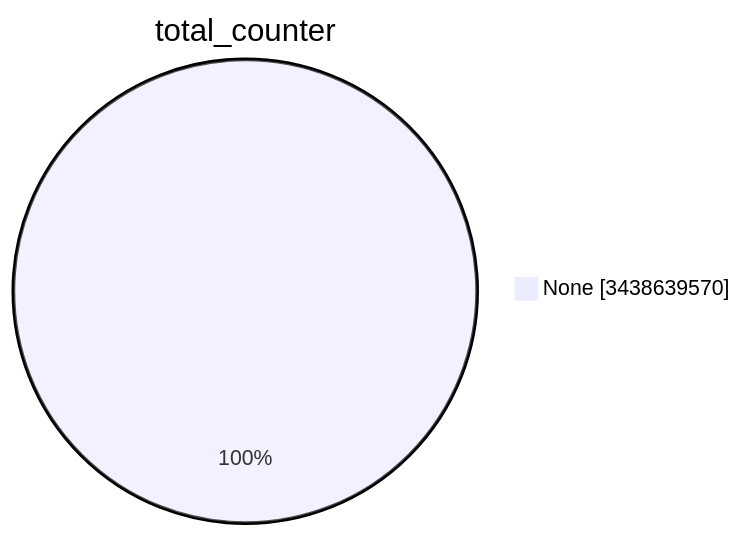
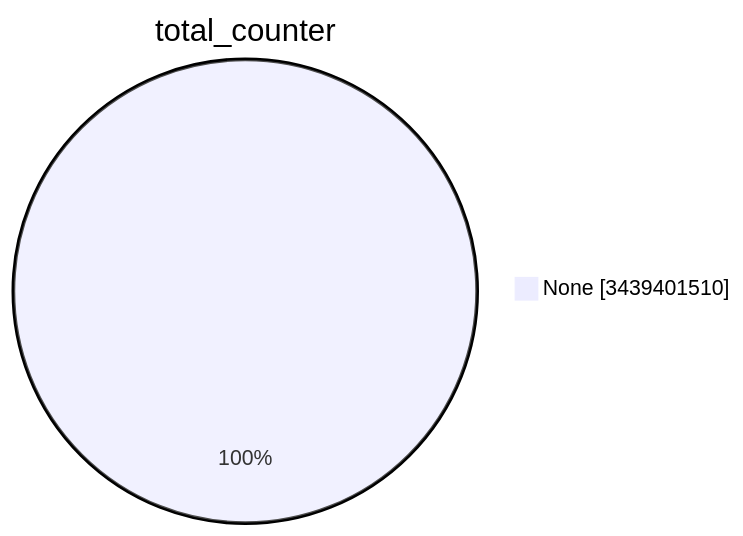
One commit to christiankrug/ctmonitor_visualization changed the first of 15 diagrams in TOTAL/README.md. Above: the diagram before and after it, drawn with Mermaid. The commit also changed other lines of this file, not shown here.

````diff
--- a/TOTAL/README.md
+++ b/TOTAL/README.md
@@ -1,5 +1,5 @@
 ```mermaid
 pie showData
 title total_counter
-"None" :3438639570
+"None" :3439401510
 ```
````
